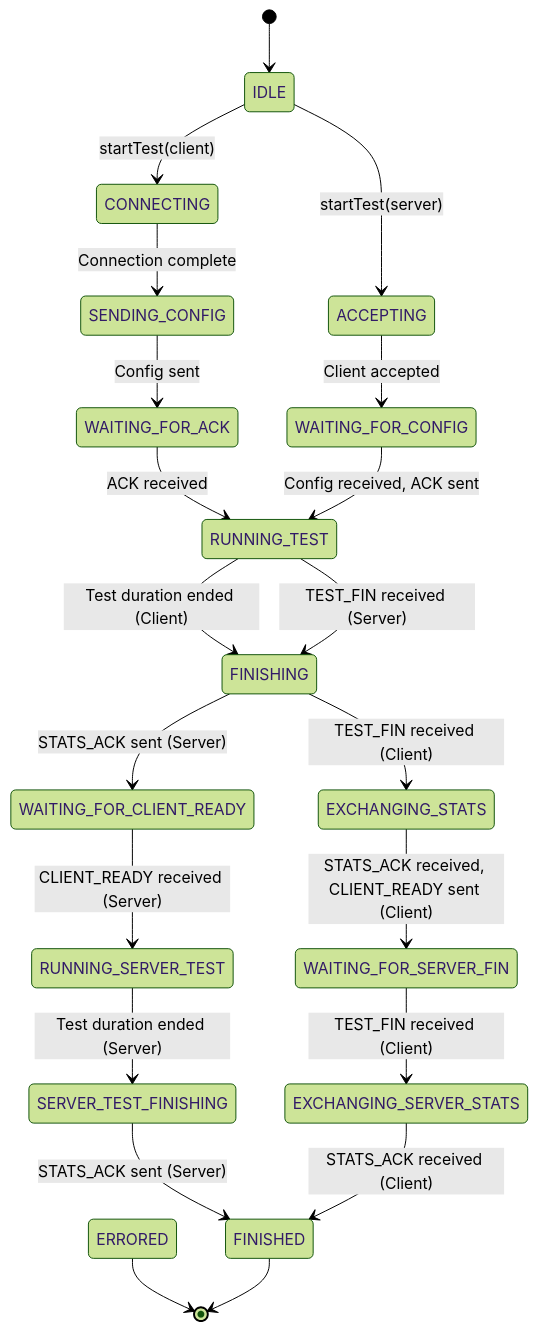
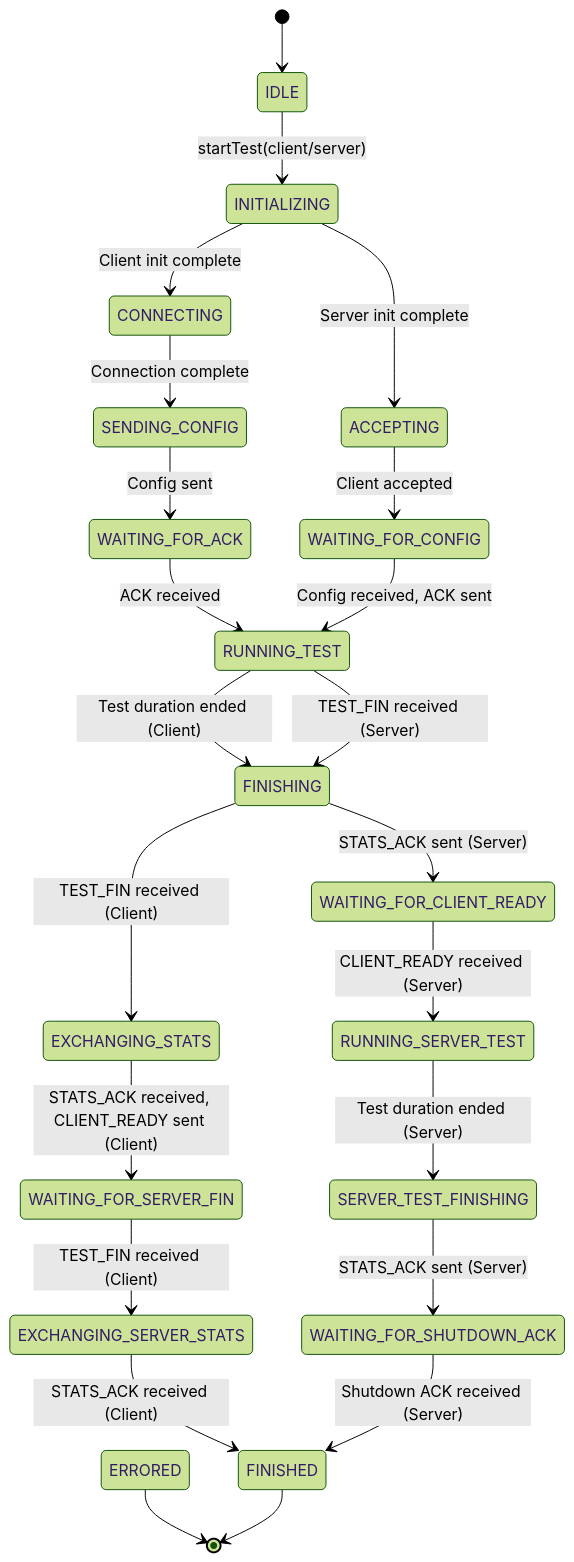
The second of 2 diagrams in MyIperf/UML/ActivityDiagram.md (JunKIM2603a/MyIperf), drawn with Mermaid (forest theme) before and after one commit. The commit also changed 17 other files, not shown here.

````diff
--- a/MyIperf/UML/ActivityDiagram.md
+++ b/MyIperf/UML/ActivityDiagram.md
@@ -124,33 +124,35 @@
 ```mermaid
 stateDiagram-v2
     [*] --> IDLE
 
-    IDLE --> CONNECTING: startTest(client)
-    IDLE --> ACCEPTING: startTest(server)
+    IDLE --> INITIALIZING: startTest(client/server)
+    INITIALIZING --> CONNECTING: Client init complete
+    INITIALIZING --> ACCEPTING: Server init complete
 
     CONNECTING --> SENDING_CONFIG: Connection complete
     SENDING_CONFIG --> WAITING_FOR_ACK: Config sent
     WAITING_FOR_ACK --> RUNNING_TEST: ACK received
 
     ACCEPTING --> WAITING_FOR_CONFIG: Client accepted
     WAITING_FOR_CONFIG --> RUNNING_TEST: Config received, ACK sent
 
     RUNNING_TEST --> FINISHING: Test duration ended (Client)
     RUNNING_TEST --> FINISHING: TEST_FIN received (Server)
 
     FINISHING --> EXCHANGING_STATS: TEST_FIN received (Client)
     FINISHING --> WAITING_FOR_CLIENT_READY: STATS_ACK sent (Server)
 
     EXCHANGING_STATS --> WAITING_FOR_SERVER_FIN: STATS_ACK received, CLIENT_READY sent (Client)
 
     WAITING_FOR_CLIENT_READY --> RUNNING_SERVER_TEST: CLIENT_READY received (Server)
     RUNNING_SERVER_TEST --> SERVER_TEST_FINISHING: Test duration ended (Server)
     
     WAITING_FOR_SERVER_FIN --> EXCHANGING_SERVER_STATS: TEST_FIN received (Client)
-    SERVER_TEST_FINISHING --> FINISHED: STATS_ACK sent (Server)
+    SERVER_TEST_FINISHING --> WAITING_FOR_SHUTDOWN_ACK: STATS_ACK sent (Server)
 
     EXCHANGING_SERVER_STATS --> FINISHED: STATS_ACK received (Client)
+    WAITING_FOR_SHUTDOWN_ACK --> FINISHED: Shutdown ACK received (Server)
 
     ERRORED --> [*]
     FINISHED --> [*]
 ```
````
